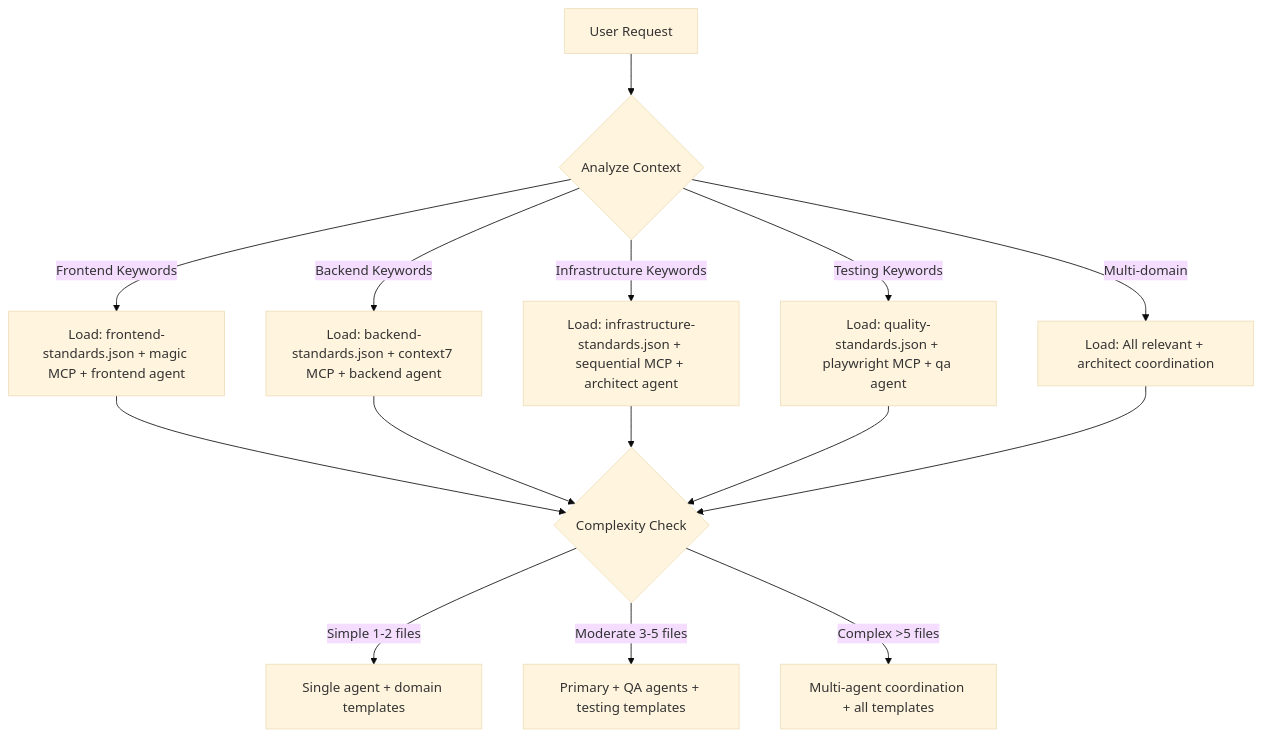
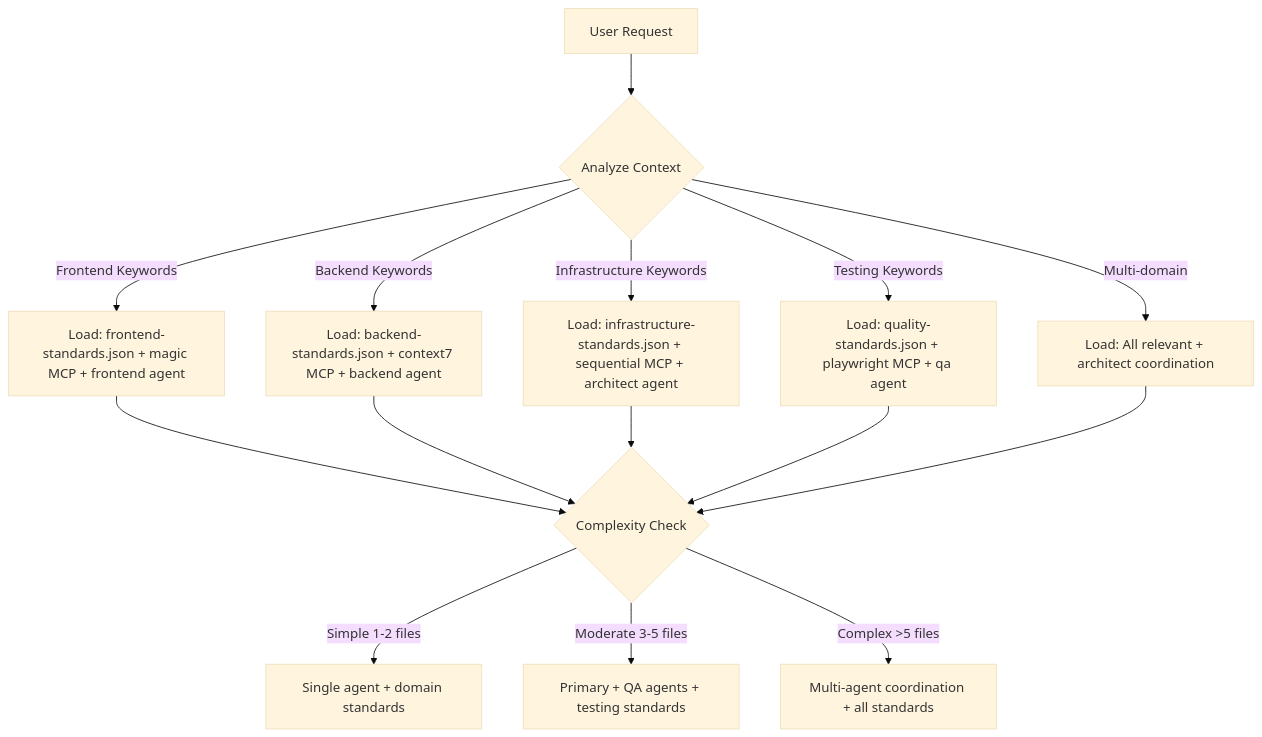
The fourth of 4 diagrams in docker/opencode/config/AGENTS.md (MerlinFloyd/horizon-sdlc-v2), drawn with Mermaid (base theme) before and after one commit. The commit also changed other lines of this file and 25 other files, not shown here.

````diff
--- a/docker/opencode/config/AGENTS.md
+++ b/docker/opencode/config/AGENTS.md
@@ -172,19 +172,19 @@
 ```mermaid
 graph TD
     A[User Request] --> B{Analyze Context}
     B -->|Frontend Keywords| C[Load: frontend-standards.json + magic MCP + frontend agent]
     B -->|Backend Keywords| D[Load: backend-standards.json + context7 MCP + backend agent]
     B -->|Infrastructure Keywords| E[Load: infrastructure-standards.json + sequential MCP + architect agent]
     B -->|Testing Keywords| F[Load: quality-standards.json + playwright MCP + qa agent]
     B -->|Multi-domain| G[Load: All relevant + architect coordination]
 
     C --> H{Complexity Check}
     D --> H
     E --> H
     F --> H
     G --> H
 
-    H -->|Simple 1-2 files| I[Single agent + domain templates]
-    H -->|Moderate 3-5 files| J[Primary + QA agents + testing templates]
-    H -->|Complex >5 files| K[Multi-agent coordination + all templates]
+    H -->|Simple 1-2 files| I[Single agent + domain standards]
+    H -->|Moderate 3-5 files| J[Primary + QA agents + testing standards]
+    H -->|Complex >5 files| K[Multi-agent coordination + all standards]
 ```
````
